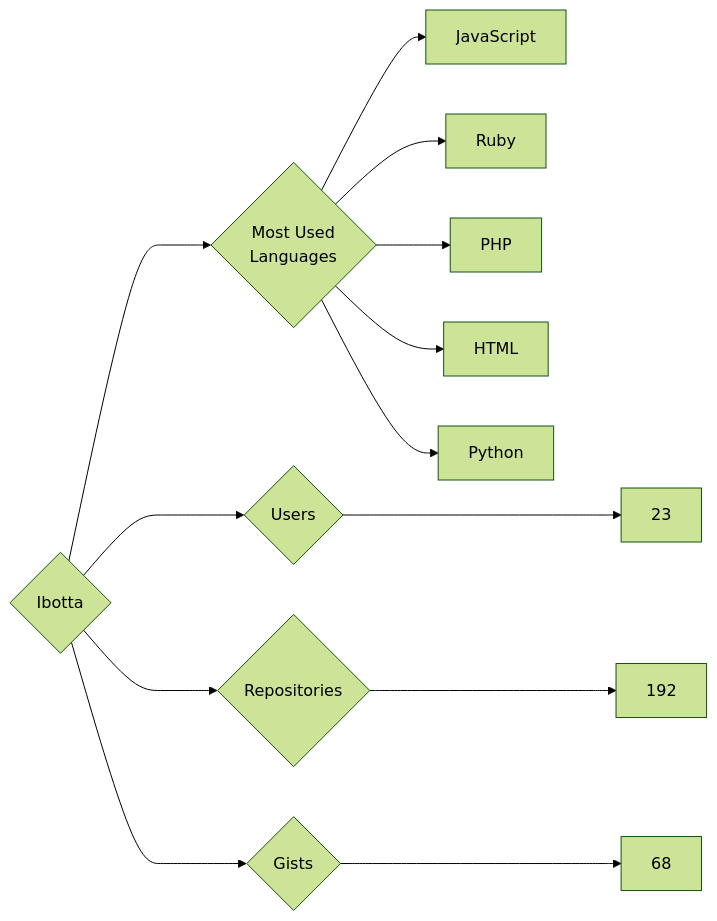
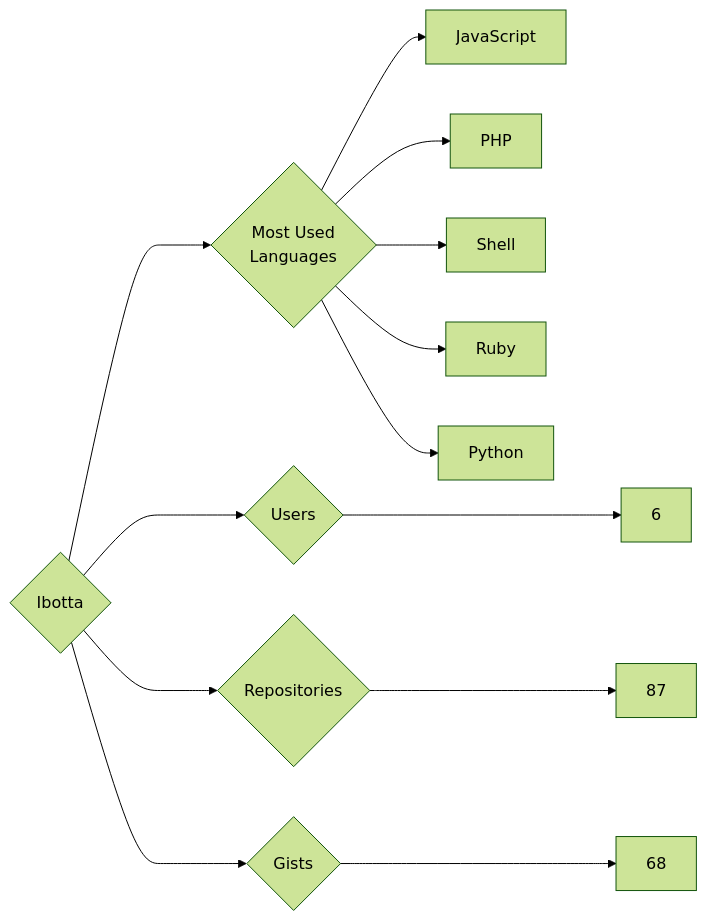
Before and after one commit to trickest/insiders: the diagram in targets/Ibotta/README.md, drawn with Mermaid (forest theme). The commit also changed 714 other files, not shown here.

````diff
--- a/targets/Ibotta/README.md
+++ b/targets/Ibotta/README.md
@@ -3,13 +3,13 @@
 ```mermaid
 graph LR
 COMPANY_NAME{Ibotta}
-COMPANY_NAME ---> U{Users} ---> UN[23]
-COMPANY_NAME ---> R{Repositories} ---> RN[192]
+COMPANY_NAME ---> U{Users} ---> UN[6]
+COMPANY_NAME ---> R{Repositories} ---> RN[87]
 COMPANY_NAME ---> G{Gists} ---> GN[68]
 COMPANY_NAME ---> ML{Most Used<br>Languages}
 ML --> JavaScript[JavaScript]
+ML --> PHP[PHP]
+ML --> Shell[Shell]
 ML --> Ruby[Ruby]
-ML --> PHP[PHP]
-ML --> HTML[HTML]
 ML --> Python[Python]
 ```
````
